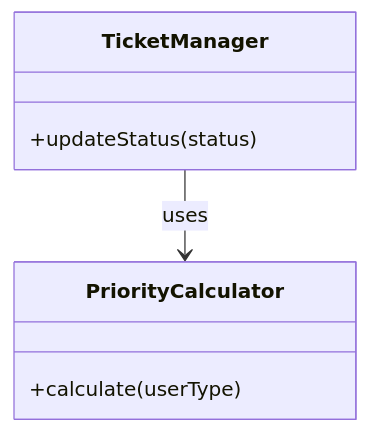
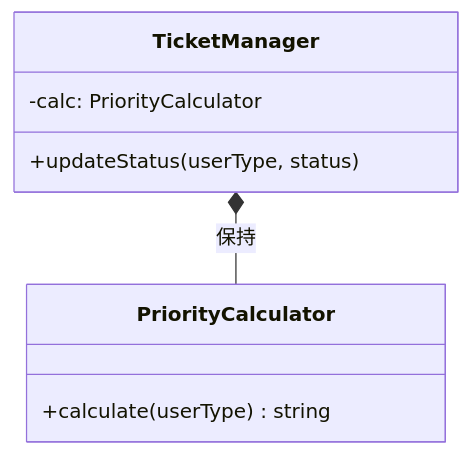
Before and after one commit to kumachan1101-pixel/DesignPattern: the second of 11 diagrams in kindle/design-patterns/output/chapter09_2.md, drawn with Mermaid. The commit also changed other lines of this file and 4 other files, not shown here.

First line of the commit message:
fix: ch08-12 クラス図修正・フェーズ6ステップ1再構成

````diff
--- a/kindle/design-patterns/output/chapter09_2.md
+++ b/kindle/design-patterns/output/chapter09_2.md
@@ -111,10 +111,11 @@
 ```mermaid
 classDiagram
     class TicketManager {
-        +updateStatus(status)
+        -calc: PriorityCalculator
+        +updateStatus(userType, status)
     }
     class PriorityCalculator {
-        +calculate(userType)
+        +calculate(userType) string
     }
-    TicketManager --> PriorityCalculator : uses
+    TicketManager *-- PriorityCalculator : 保持
 ```
````
